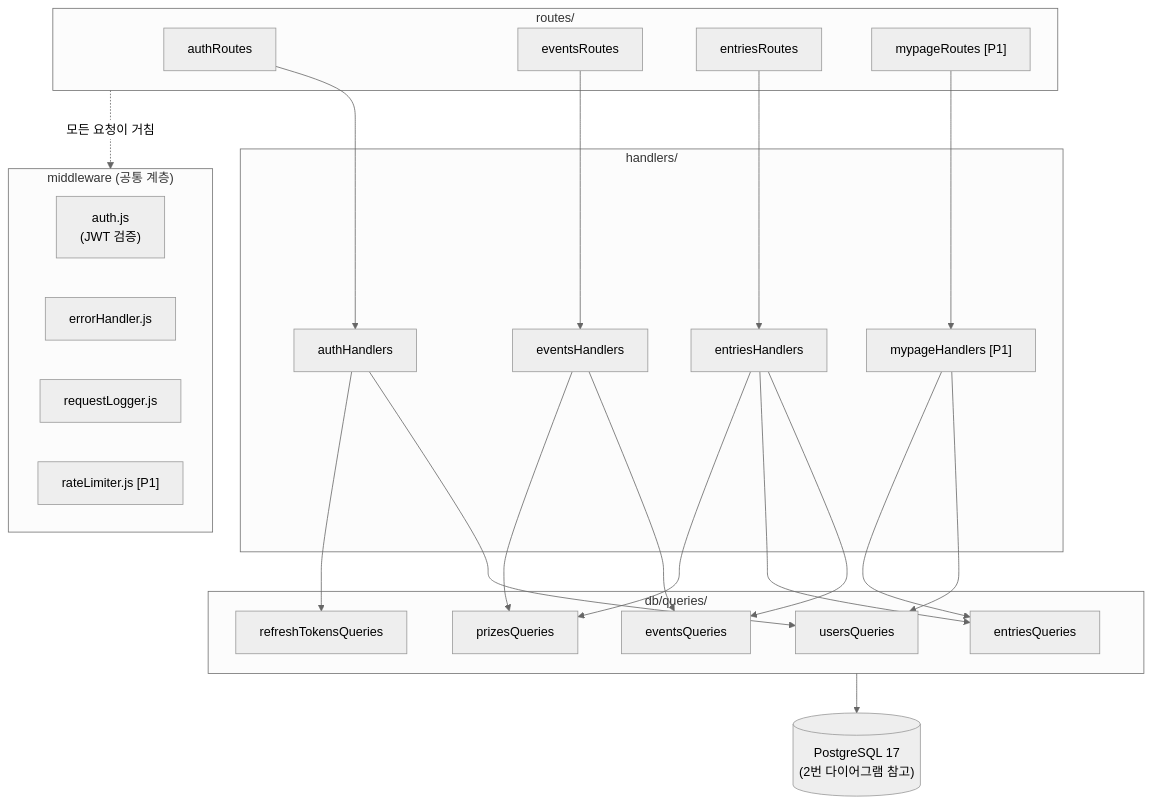
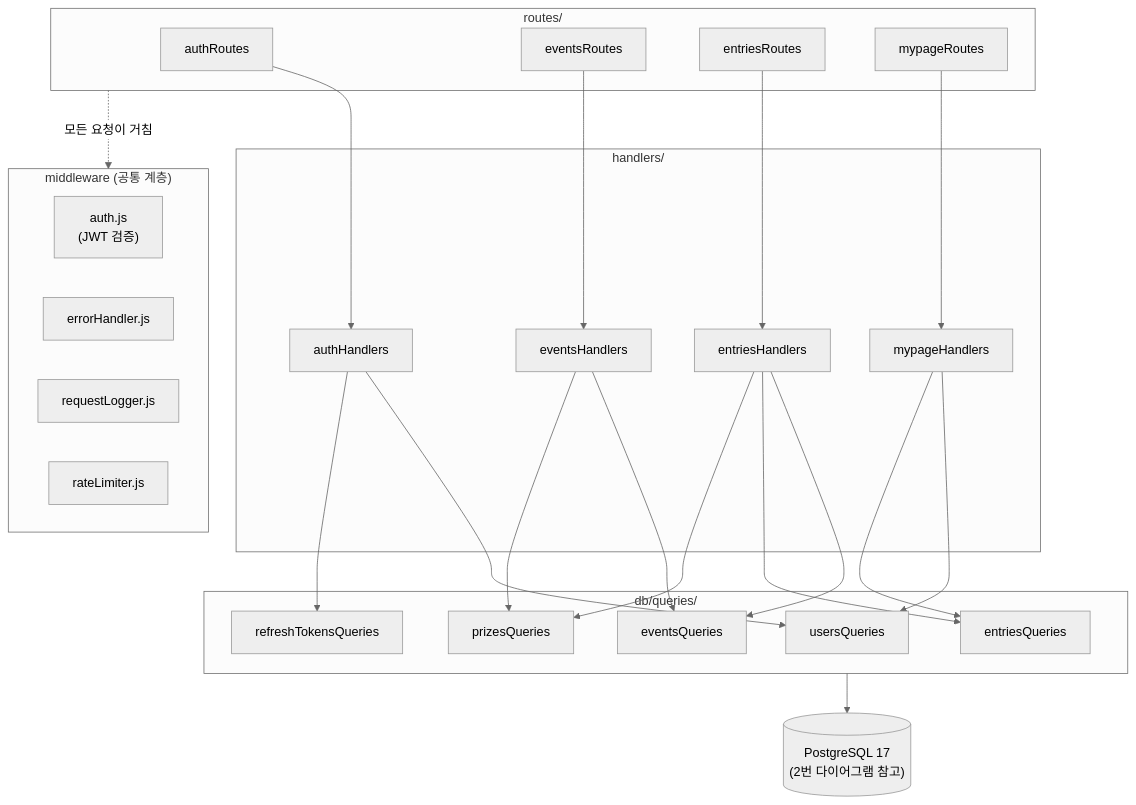
One commit to H-Lee-plan/b2b-promo changed the fourth of 4 diagrams in docs/6-arch-diagram.md. Above: the diagram before and after it, drawn with Mermaid (neutral theme). The commit also changed other lines of this file and 108 other files, not shown here.

````diff
--- a/docs/6-arch-diagram.md
+++ b/docs/6-arch-diagram.md
@@ -115,51 +116,51 @@
 ```mermaid
 flowchart TD
     subgraph routes["routes/"]
         authRoutes
         eventsRoutes
         entriesRoutes
-        mypageRoutes["mypageRoutes [P1]"]
+        mypageRoutes
     end
 
     subgraph handlersG["handlers/"]
         authHandlers
         eventsHandlers
         entriesHandlers
-        mypageHandlers["mypageHandlers [P1]"]
+        mypageHandlers
     end
 
     subgraph queriesG["db/queries/"]
         usersQueries
         eventsQueries
         prizesQueries
         entriesQueries
         refreshTokensQueries
     end
 
     subgraph middlewareG["middleware (공통 계층)"]
         auth["auth.js<br/>(JWT 검증)"]
         errorHandler["errorHandler.js"]
         requestLogger["requestLogger.js"]
-        rateLimiter["rateLimiter.js [P1]"]
+        rateLimiter["rateLimiter.js"]
     end
 
     pg[("PostgreSQL 17<br/>(2번 다이어그램 참고)")]
 
     authRoutes --> authHandlers
     eventsRoutes --> eventsHandlers
     entriesRoutes --> entriesHandlers
     mypageRoutes --> mypageHandlers
 
     authHandlers --> usersQueries
     authHandlers --> refreshTokensQueries
     eventsHandlers --> eventsQueries
     eventsHandlers --> prizesQueries
     entriesHandlers --> eventsQueries
     entriesHandlers --> entriesQueries
     entriesHandlers --> prizesQueries
     mypageHandlers --> usersQueries
     mypageHandlers --> entriesQueries
 
     routes -. "모든 요청이 거침" .-> middlewareG
     queriesG --> pg
 ```
````
